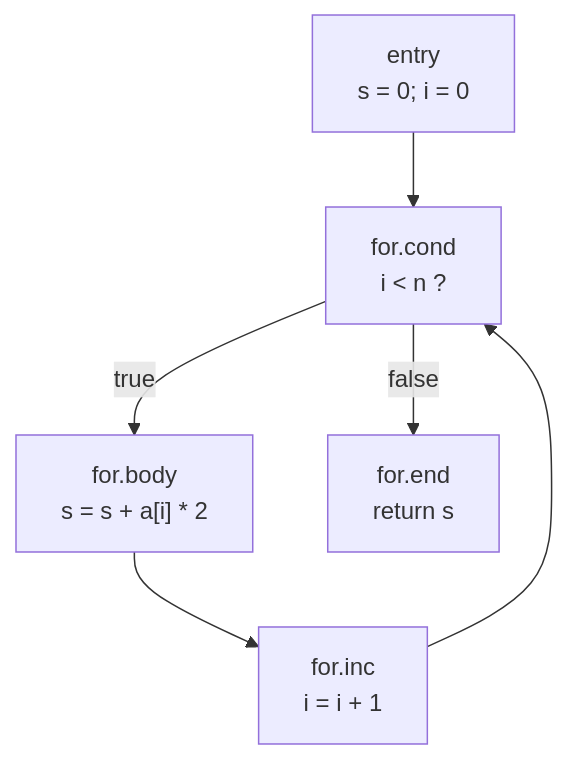
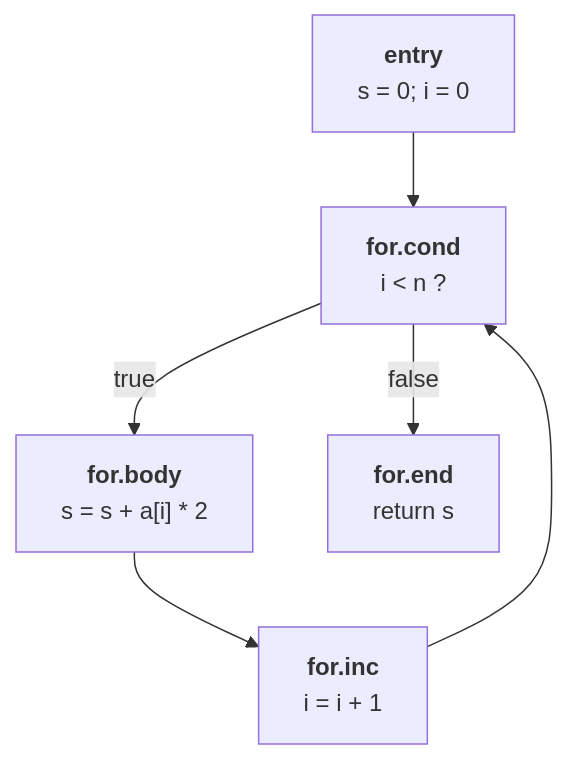
One commit to arganzheng/arganzheng.github.com changed the fourth of 8 diagrams in _posts/2026-11-22-compiler-skeleton-ir-ssa-and-passes.md. Above: the diagram before and after it, drawn with Mermaid. The commit also changed other lines of this file and 8 other files, not shown here.

First line of the commit message:
ML 编译器内部：从 SSA、MLIR 到 Triton 编译器：Mermaid 多行方框的首行标为标题（9 篇）

````diff
--- a/_posts/2026-11-22-compiler-skeleton-ir-ssa-and-passes.md
+++ b/_posts/2026-11-22-compiler-skeleton-ir-ssa-and-passes.md
@@ -166,14 +166,14 @@
 ```mermaid
 %% 图：sum 函数的 CFG：entry、for.cond、for.body、for.inc、for.end 五个基本块，一条回边
 flowchart TB
-    entry["entry<br/>s = 0; i = 0"]
-    cond["for.cond<br/>i < n ?"]
-    body["for.body<br/>s = s + a#91;i#93; * 2"]
-    inc["for.inc<br/>i = i + 1"]
-    end_["for.end<br/>return s"]
+    entry["<b>entry</b><br/>s = 0; i = 0"]
+    cond["<b>for.cond</b><br/>i < n ?"]
+    body["<b>for.body</b><br/>s = s + a#91;i#93; * 2"]
+    inc["<b>for.inc</b><br/>i = i + 1"]
+    end_["<b>for.end</b><br/>return s"]
     entry --> cond
     cond -- "true" --> body
     cond -- "false" --> end_
     body --> inc
     inc --> cond
 ```
````
